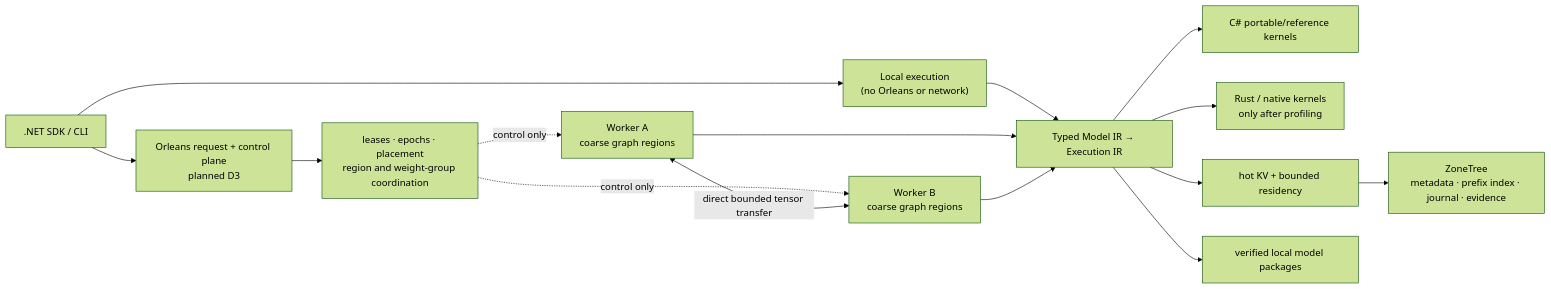
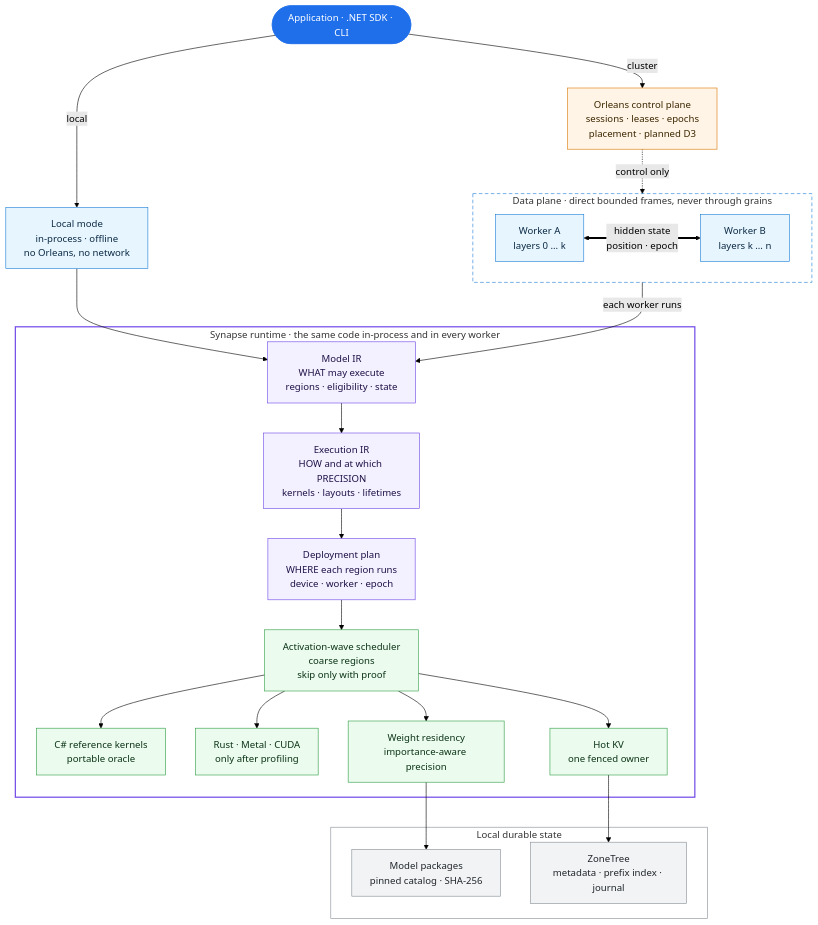
One commit to managedcode/Synapse changed the diagram in README.md. Above: the diagram before and after it, drawn with Mermaid (forest theme). The commit also changed other lines of this file and 34 other files, not shown here.

````diff
--- a/README.md
+++ b/README.md
@@ -30,17 +103,56 @@
 ```mermaid
-flowchart LR
-    SDK[".NET SDK / CLI"] --> LOCAL["Local execution\n(no Orleans or network)"]
-    SDK --> ORL["Orleans request + control plane\nplanned D3"]
-    ORL --> PLAN["leases · epochs · placement\nregion and weight-group coordination"]
-    PLAN -. "control only" .-> W1["Worker A\ncoarse graph regions"]
-    PLAN -. "control only" .-> W2["Worker B\ncoarse graph regions"]
-    W1 <-->|"direct bounded tensor transfer"| W2
-    LOCAL --> EXEC["Typed Model IR → Execution IR"]
-    W1 --> EXEC
-    W2 --> EXEC
-    EXEC --> CS["C# portable/reference kernels"]
-    EXEC --> RS["Rust / native kernels\nonly after profiling"]
-    EXEC --> KV["hot KV + bounded residency"]
-    KV --> ZT["ZoneTree\nmetadata · prefix index · journal · evidence"]
-    EXEC --> PKG["verified local model packages"]
+flowchart TB
+    APP(["Application · .NET SDK · CLI"])
+
+    LOCAL["Local mode<br/>in-process · offline<br/>no Orleans, no network"]
+    ORL["Orleans control plane<br/>sessions · leases · epochs<br/>placement · planned D3"]
+
+    subgraph DATA["Data plane · direct bounded frames, never through grains"]
+        direction LR
+        WA["Worker A<br/>layers 0 … k"] <==>|"hidden state<br/>position · epoch"| WB["Worker B<br/>layers k … n"]
+    end
+
+    subgraph RT["Synapse runtime · the same code in-process and in every worker"]
+        IR["Model IR<br/>WHAT may execute<br/>regions · eligibility · state"]
+        EX["Execution IR<br/>HOW and at which PRECISION<br/>kernels · layouts · lifetimes"]
+        DP["Deployment plan<br/>WHERE each region runs<br/>device · worker · epoch"]
+        WAVE["Activation-wave scheduler<br/>coarse regions<br/>skip only with proof"]
+        CS["C# reference kernels<br/>portable oracle"]
+        RS["Rust · Metal · CUDA<br/>only after profiling"]
+        RES["Weight residency<br/>importance-aware precision"]
+        KV["Hot KV<br/>one fenced owner"]
+    end
+
+    subgraph ST["Local durable state"]
+        PKG["Model packages<br/>pinned catalog · SHA-256"]
+        ZT["ZoneTree<br/>metadata · prefix index · journal"]
+    end
+
+    APP -->|"local"| LOCAL
+    APP -->|"cluster"| ORL
+    ORL -. "control only" .-> DATA
+    LOCAL --> IR
+    DATA -->|"each worker runs"| IR
+    IR --> EX --> DP --> WAVE
+    WAVE --> CS & RS & RES & KV
+    RES --> PKG
+    KV --> ZT
+
+    classDef entry fill:#1f6feb,stroke:#1f6feb,color:#ffffff
+    classDef control fill:#fff4e5,stroke:#d97706,color:#3b2600
+    classDef data fill:#e7f5ff,stroke:#1c7ed6,color:#0b2a44
+    classDef ir fill:#f3f0ff,stroke:#7048e8,color:#1f1147
+    classDef exec fill:#ebfbee,stroke:#2f9e44,color:#0b3316
+    classDef store fill:#f1f3f5,stroke:#868e96,color:#212529
+
+    class APP entry
+    class ORL control
+    class LOCAL,WA,WB data
+    class IR,EX,DP ir
+    class WAVE,CS,RS,RES,KV exec
+    class PKG,ZT store
+
+    style DATA fill:transparent,stroke:#1c7ed6,stroke-dasharray:6 4
+    style RT fill:transparent,stroke:#7048e8,stroke-width:2px
+    style ST fill:transparent,stroke:#868e96
 ```
````
